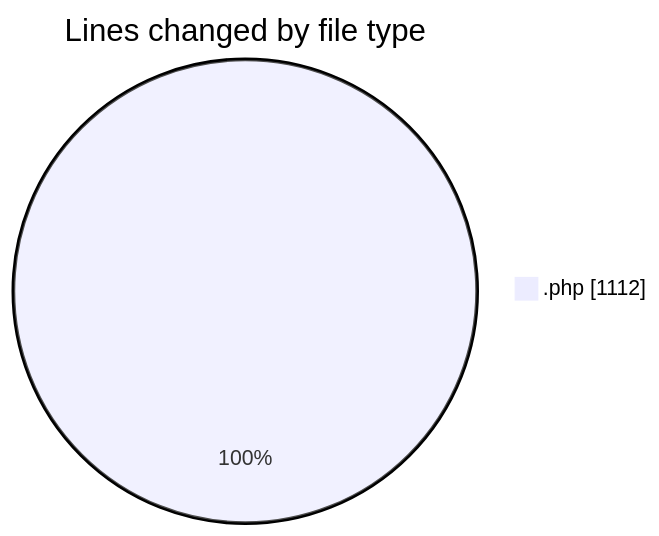
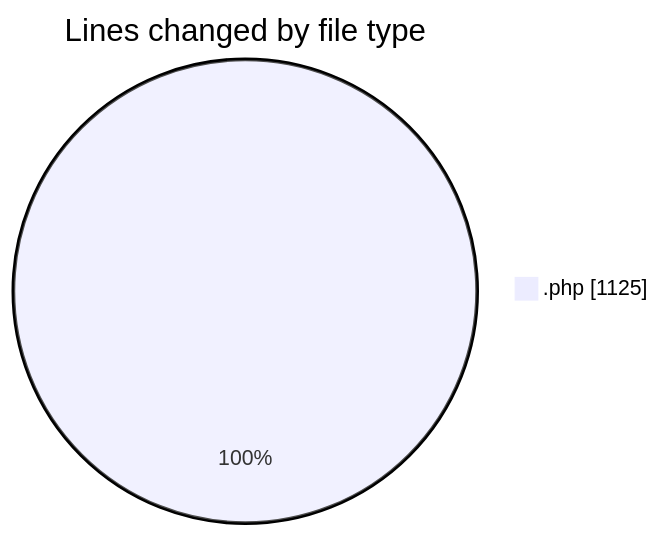
The first of 2 diagrams in 2025-09-24/plugins/README.md (debugP/code-tracking), drawn with Mermaid before and after one commit. The commit also changed other lines of this file and 1 other file, not shown here.

````diff
--- a/2025-09-24/plugins/README.md
+++ b/2025-09-24/plugins/README.md
@@ -20,5 +20,5 @@
 ```mermaid
 pie showData
 title Lines changed by file type
-".php" : 1112
+".php" : 1125
 ```
````
